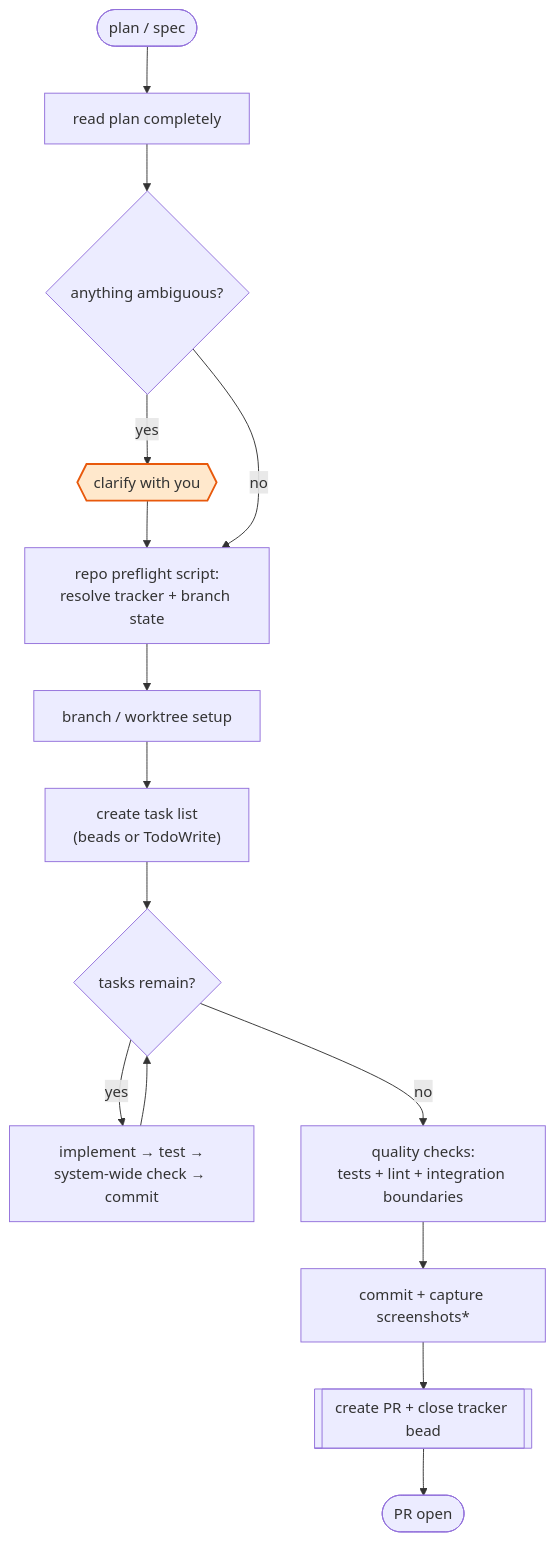
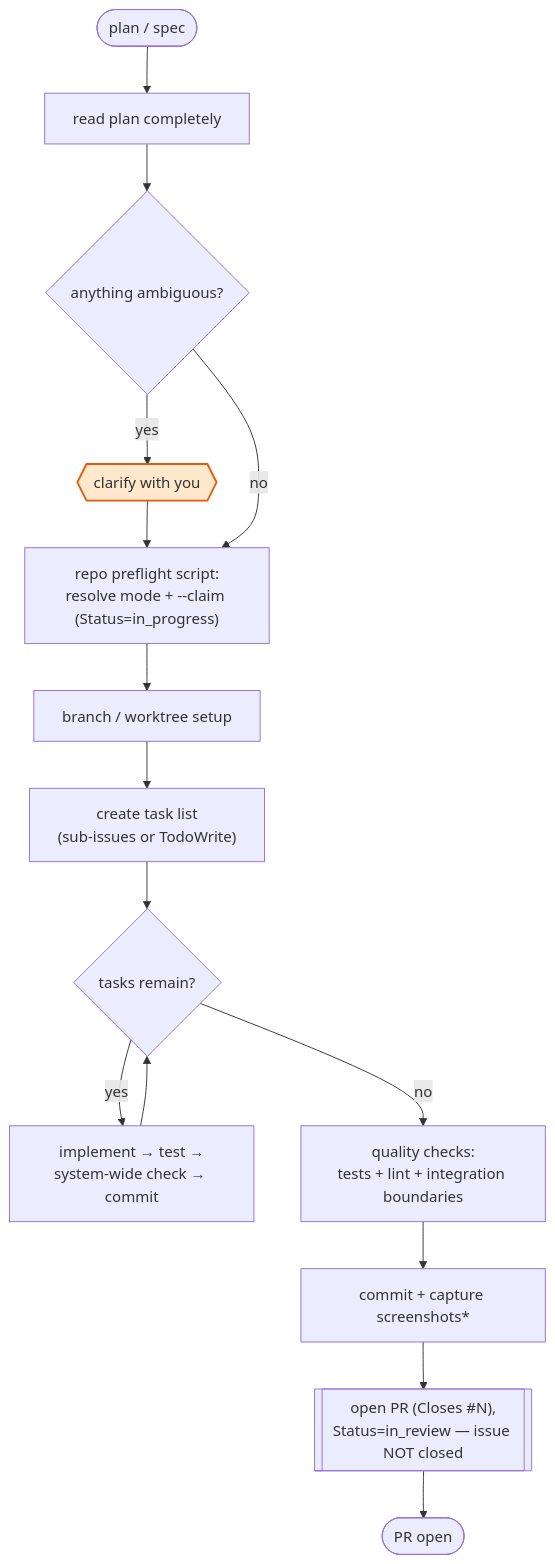
One commit to Life-With-Data/agentic-engineering changed the seventh of 11 diagrams in plugins/agentic-engineering/FLOWS.md. Above: the diagram before and after it, drawn with Mermaid. The commit also changed other lines of this file and 23 other files, not shown here.

````diff
--- a/plugins/agentic-engineering/FLOWS.md
+++ b/plugins/agentic-engineering/FLOWS.md
@@ -162,20 +228,20 @@
 ```mermaid
 flowchart TD
     start([plan / spec]) --> readplan["read plan completely"]
     readplan --> clar{"anything ambiguous?"}
     clar -->|yes| ask{{"clarify with you"}}
     ask --> preflight
-    clar -->|no| preflight["repo preflight script:<br/>resolve tracker + branch state"]
+    clar -->|no| preflight["repo preflight script:<br/>resolve mode + --claim (Status=in_progress)"]
     preflight --> branch["branch / worktree setup"]
-    branch --> tasks["create task list<br/>(beads or TodoWrite)"]
+    branch --> tasks["create task list<br/>(sub-issues or TodoWrite)"]
     tasks --> loop{"tasks remain?"}
     loop -->|yes| impl["implement → test →<br/>system-wide check → commit"]
     impl --> loop
     loop -->|no| quality["quality checks:<br/>tests + lint + integration boundaries"]
     quality --> ship["commit + capture screenshots*"]
-    ship --> pr[["create PR + close tracker bead"]]
+    ship --> pr[["open PR (Closes #N),<br/>Status=in_review — issue NOT closed"]]
     pr --> done([PR open])
 
     classDef gate fill:#ffe8cc,stroke:#e8590c,stroke-width:2px;
     class ask gate
 ```
````
